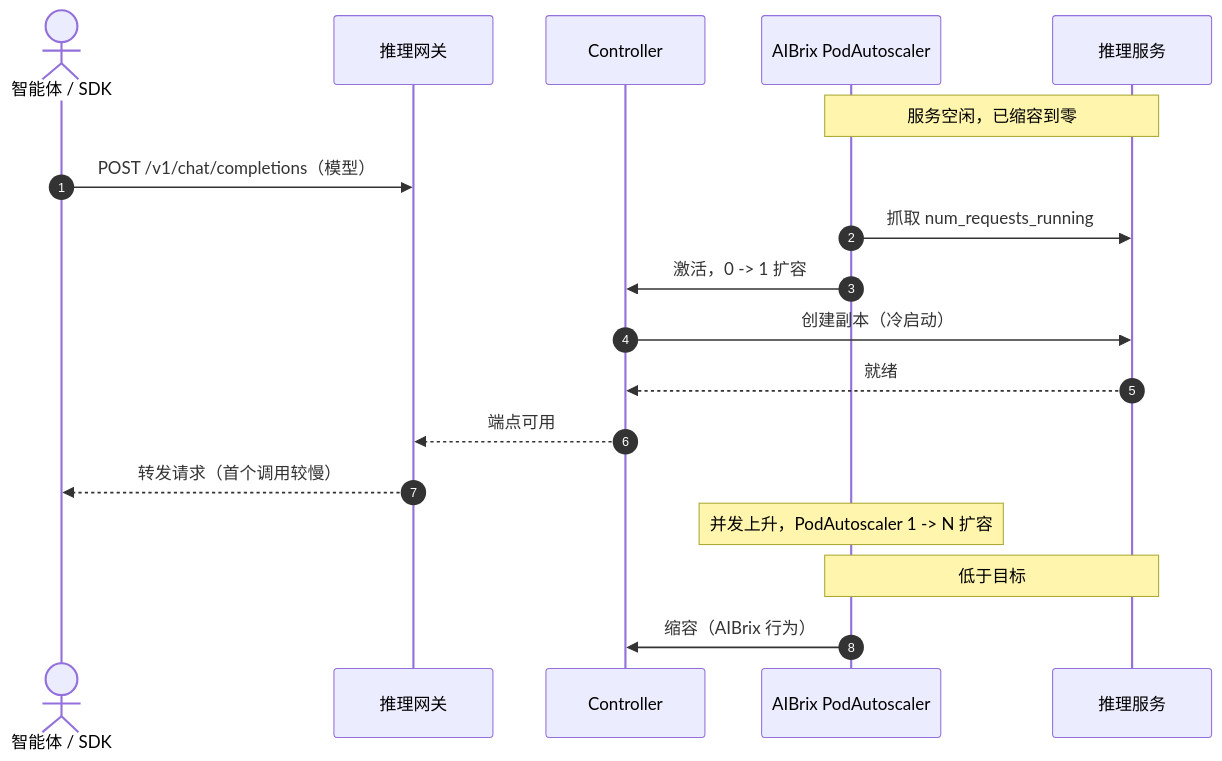
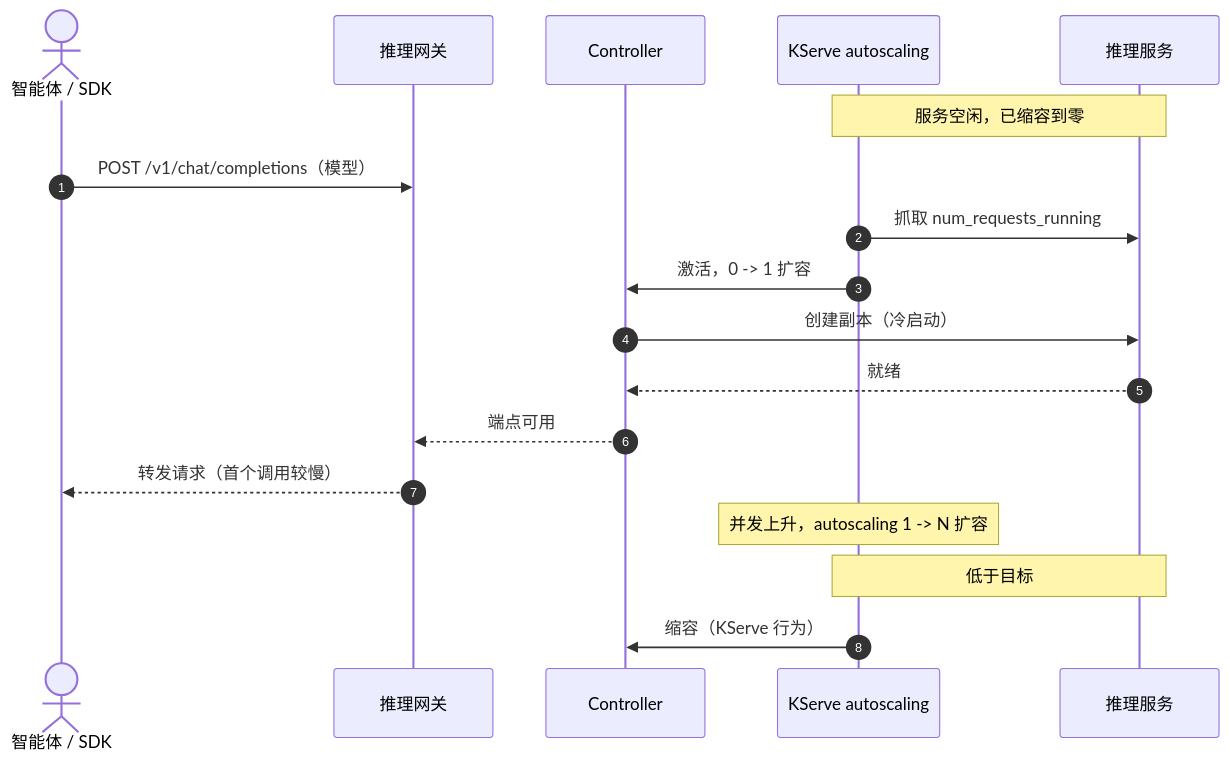
The third of 4 diagrams in site/docs/design/inference-autoscaling.zh-cn.md (go-taas/go-taas), drawn with Mermaid before and after one commit. The commit also changed other lines of this file and 151 other files, not shown here.

````diff
--- a/site/docs/design/inference-autoscaling.zh-cn.md
+++ b/site/docs/design/inference-autoscaling.zh-cn.md
@@ -290,21 +290,21 @@
 ```mermaid
 sequenceDiagram
     autonumber
     actor Agent as 智能体 / SDK
     participant DGW as 推理网关
     participant CTRL as Controller
-    participant PA as AIBrix PodAutoscaler
+    participant PA as KServe autoscaling
     participant SVC as 推理服务
 
     Note over PA,SVC: 服务空闲，已缩容到零
     Agent->>DGW: POST /v1/chat/completions（模型）
     PA->>SVC: 抓取 num_requests_running
     PA->>CTRL: 激活，0 -> 1 扩容
     CTRL->>SVC: 创建副本（冷启动）
     SVC-->>CTRL: 就绪
     CTRL-->>DGW: 端点可用
     DGW-->>Agent: 转发请求（首个调用较慢）
-    Note over PA: 并发上升，PodAutoscaler 1 -> N 扩容
+    Note over PA: 并发上升，autoscaling 1 -> N 扩容
     Note over PA,SVC: 低于目标
-    PA->>CTRL: 缩容（AIBrix 行为）
+    PA->>CTRL: 缩容（KServe 行为）
 ```
````
